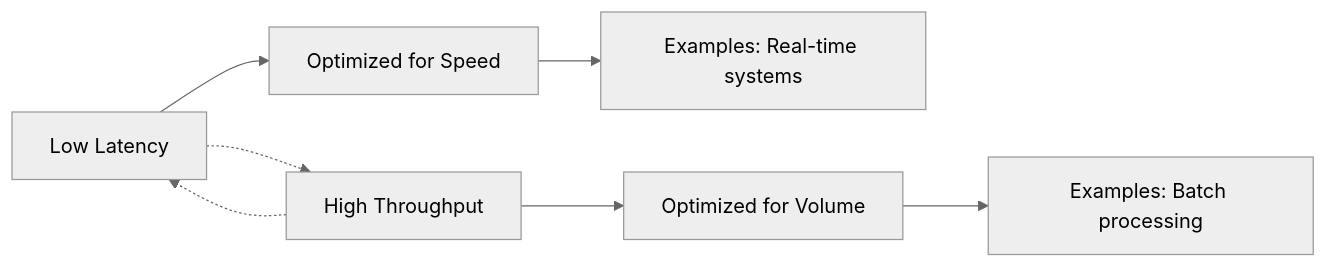
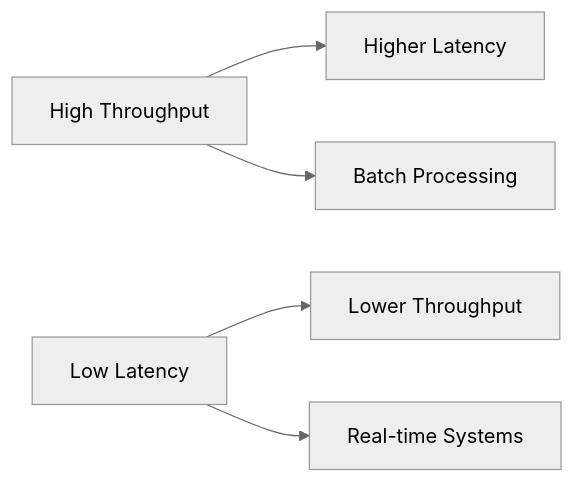
Before and after one commit to VrushankPatel/interview-matters: the diagram in system-design/latency-and-throughput/README.md, drawn with Mermaid (neutral theme). The commit also changed other lines of this file and 3 other files, not shown here.

Commit message:
kb: update topics LLD HLD Basics, Partitioning and Sharding, Latency and Throughput; add new candidates

````diff
--- a/system-design/latency-and-throughput/README.md
+++ b/system-design/latency-and-throughput/README.md
@@ -55,9 +28,7 @@
 ```mermaid
 graph LR
-    A[Low Latency] --> B[Optimized for Speed]
-    B --> C[Examples: Real-time systems]
-    D[High Throughput] --> E[Optimized for Volume]
-    E --> F[Examples: Batch processing]
-    A -.-> D
-    D -.-> A
+    A[High Throughput] --> B[Higher Latency]
+    C[Low Latency] --> D[Lower Throughput]
+    A --> E[Batch Processing]
+    C --> F[Real-time Systems]
 ```
````
